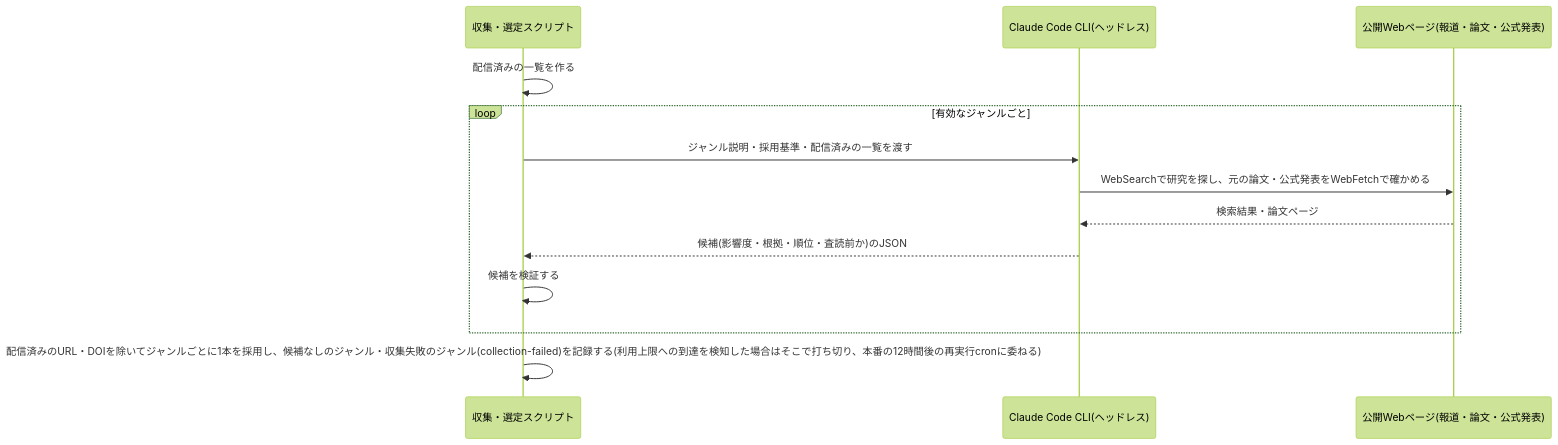
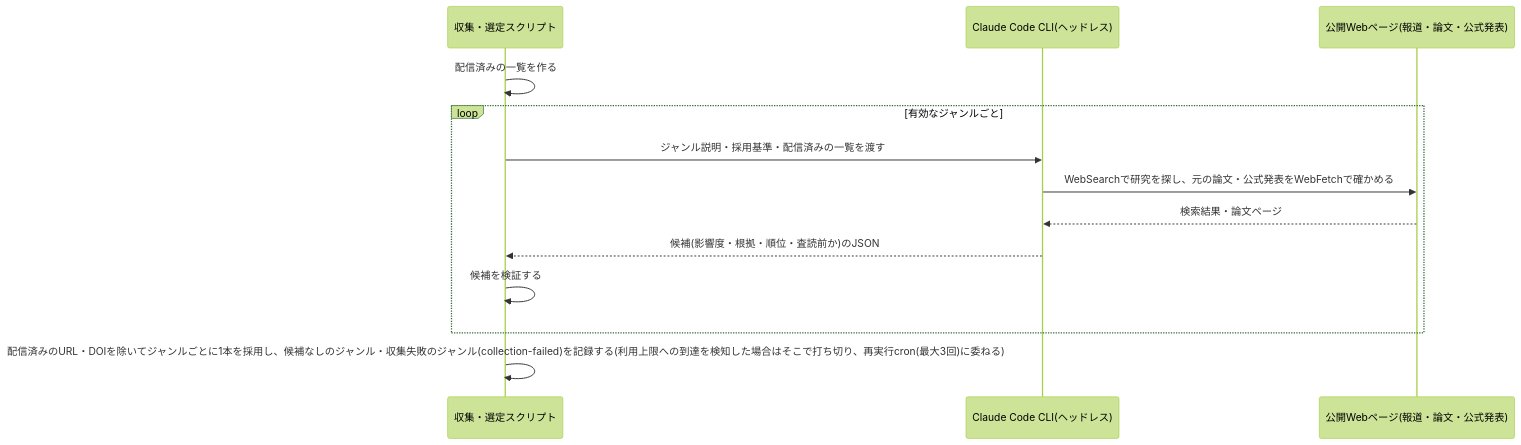
One commit to zakiyama0108/benriyatool changed the diagram in specs/research-digest/content-selection/design.md. Above: the diagram before and after it, drawn with Mermaid (forest theme). The commit also changed other lines of this file and 9 other files, not shown here.

````diff
--- a/specs/research-digest/content-selection/design.md
+++ b/specs/research-digest/content-selection/design.md
@@ -74,16 +74,16 @@
 ```mermaid
 sequenceDiagram
     participant script as 収集・選定スクリプト
     participant claude as Claude Code CLI(ヘッドレス)
     participant web as 公開Webページ(報道・論文・公式発表)
 
     script ->> script: 配信済みの一覧を作る
     loop 有効なジャンルごと
         script ->> claude: ジャンル説明・採用基準・配信済みの一覧を渡す
         claude ->> web: WebSearchで研究を探し、元の論文・公式発表をWebFetchで確かめる
         web -->> claude: 検索結果・論文ページ
         claude -->> script: 候補(影響度・根拠・順位・査読前か)のJSON
         script ->> script: 候補を検証する
     end
-    script ->> script: 配信済みのURL・DOIを除いてジャンルごとに1本を採用し、候補なしのジャンル・収集失敗のジャンル(collection-failed)を記録する(利用上限への到達を検知した場合はそこで打ち切り、本番の12時間後の再実行cronに委ねる)
+    script ->> script: 配信済みのURL・DOIを除いてジャンルごとに1本を採用し、候補なしのジャンル・収集失敗のジャンル(collection-failed)を記録する(利用上限への到達を検知した場合はそこで打ち切り、再実行cron(最大3回)に委ねる)
 ```
````
